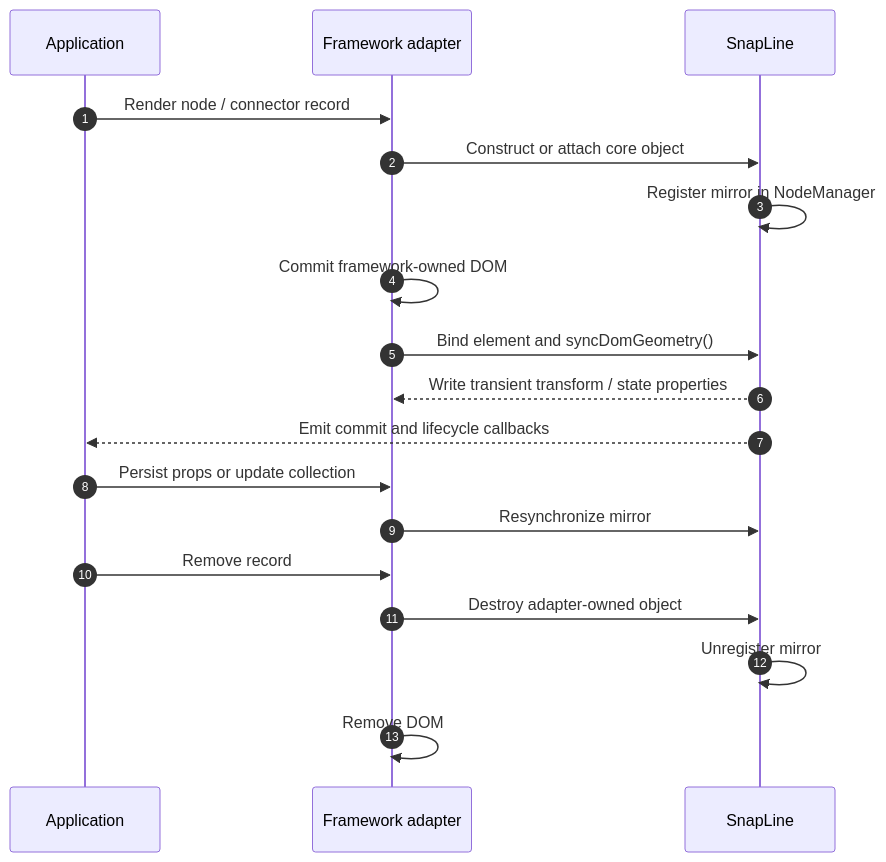
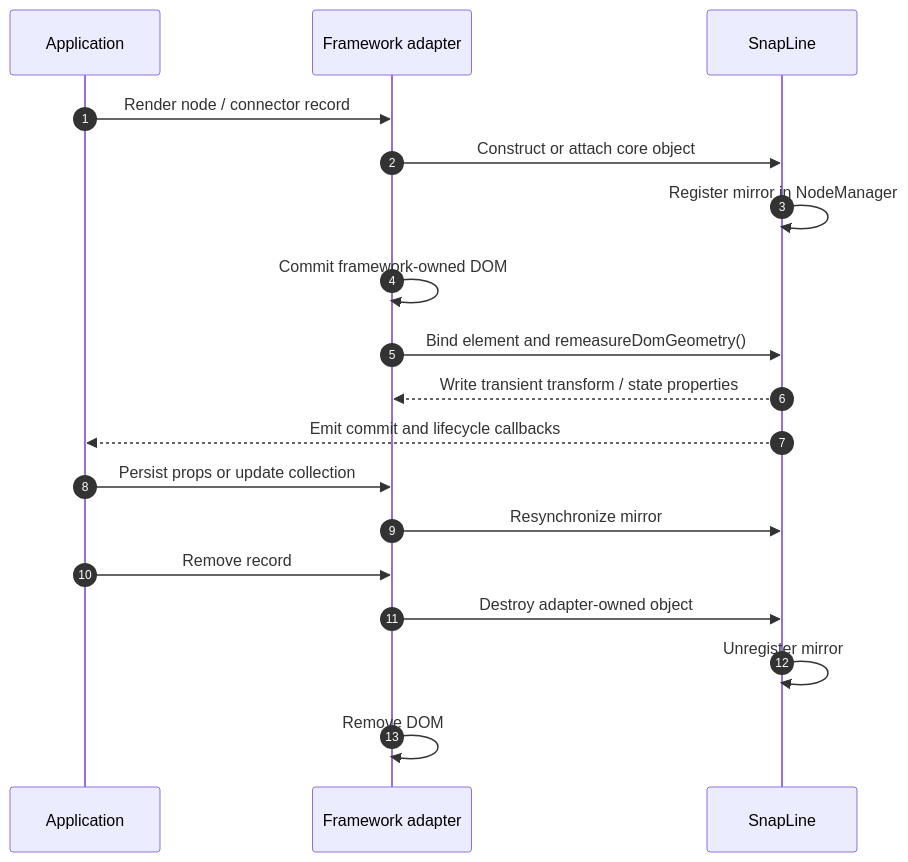
Before and after one commit to tfukaza/SnapLineJS: the second of 11 diagrams in docs/snapline/design/current-architecture.md, drawn with Mermaid. The commit also changed other lines of this file and 44 other files, not shown here.

````diff
--- a/docs/snapline/design/current-architecture.md
+++ b/docs/snapline/design/current-architecture.md
@@ -68,21 +68,21 @@
 ```mermaid
 sequenceDiagram
   autonumber
   participant App as Application
   participant FW as Framework adapter
   participant SL as SnapLine
 
   App->>FW: Render node / connector record
   FW->>SL: Construct or attach core object
   SL->>SL: Register mirror in NodeManager
   FW->>FW: Commit framework-owned DOM
-  FW->>SL: Bind element and syncDomGeometry()
+  FW->>SL: Bind element and remeasureDomGeometry()
   SL-->>FW: Write transient transform / state properties
   SL-->>App: Emit commit and lifecycle callbacks
   App->>FW: Persist props or update collection
   FW->>SL: Resynchronize mirror
   App->>FW: Remove record
   FW->>SL: Destroy adapter-owned object
   SL->>SL: Unregister mirror
   FW->>FW: Remove DOM
 ```
````
